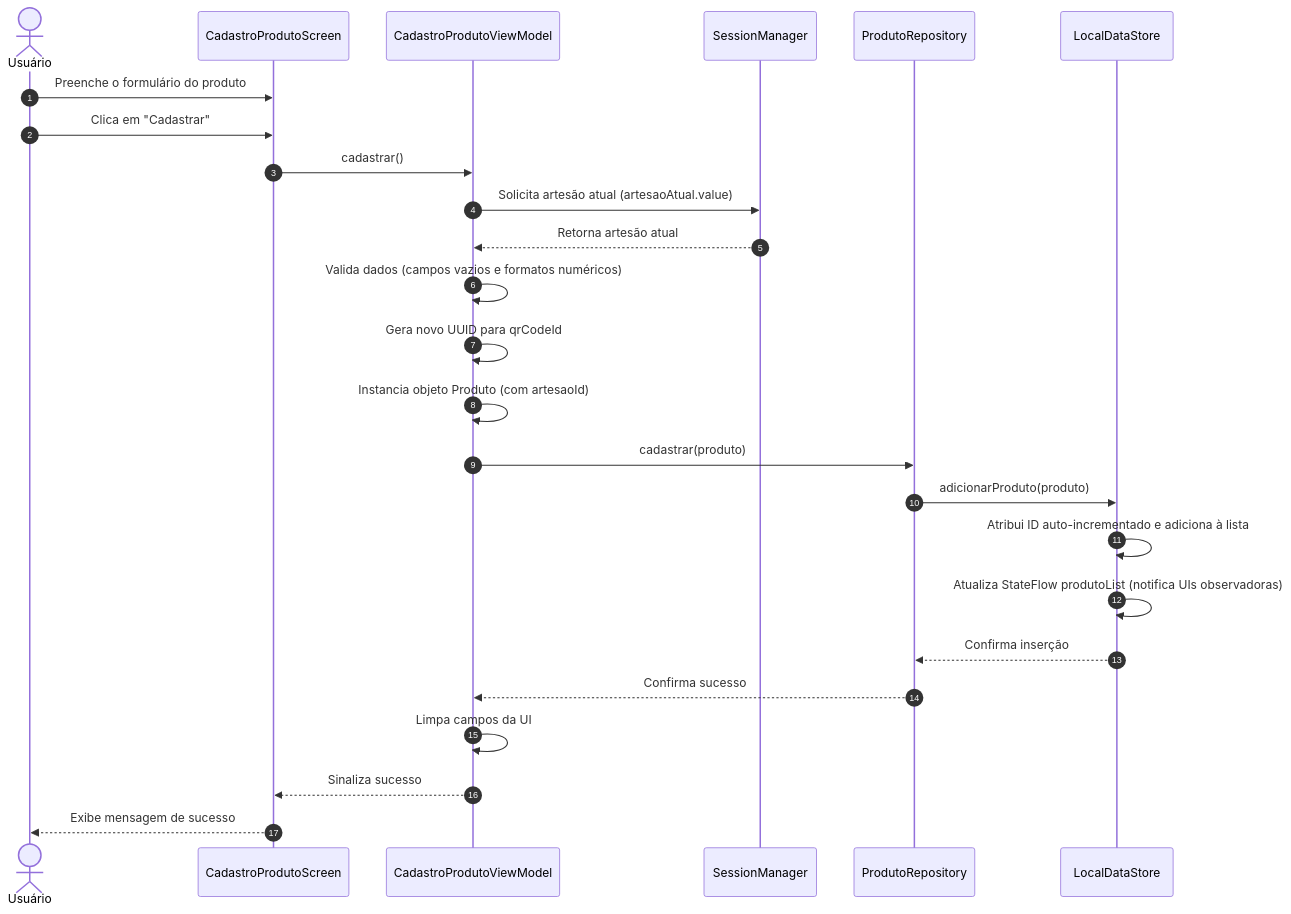
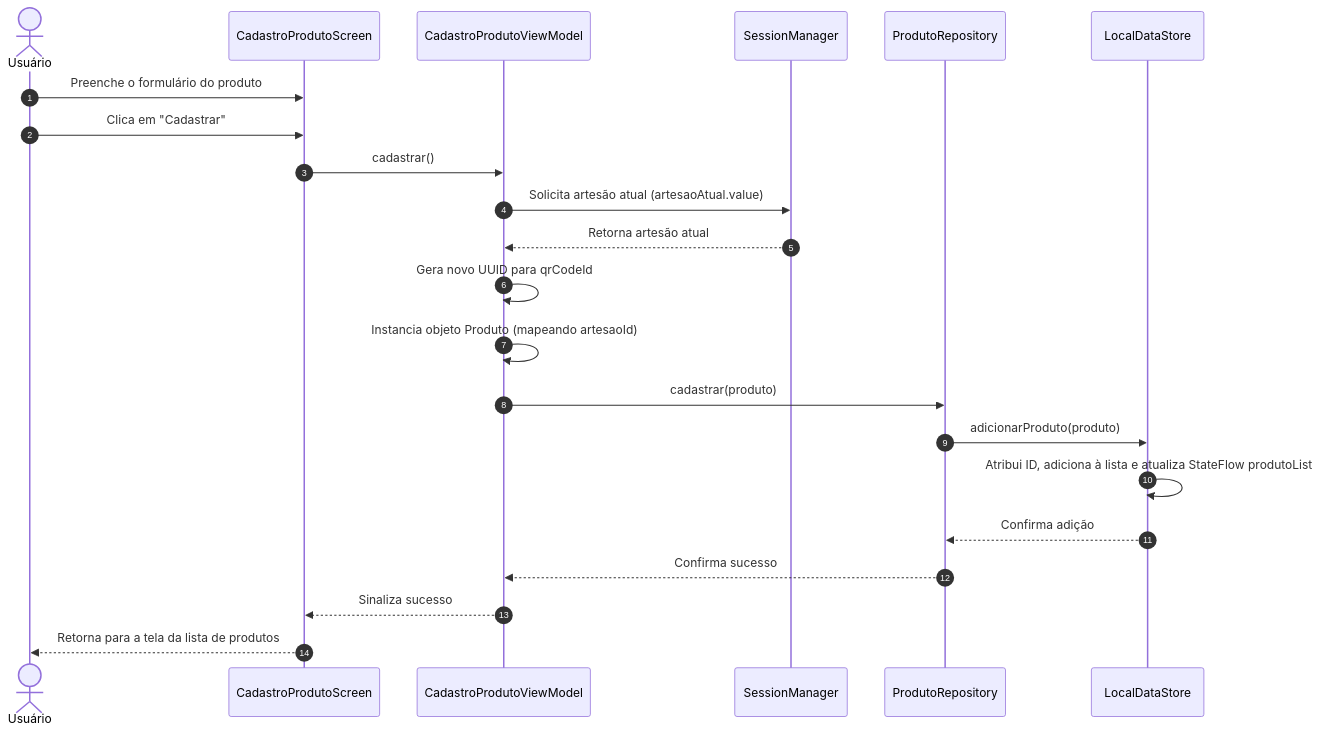
The first of 3 diagrams in docs/mermaid_diagrams.md (Guilherme-xDEV/projeto-pdm-app-artesao), drawn with Mermaid before and after one commit. The commit also changed other lines of this file and 2 other files, not shown here.

Commit message:
docs: mermaid diagrams for current project state

````diff
--- a/docs/mermaid_diagrams.md
+++ b/docs/mermaid_diagrams.md
@@ -1,33 +1,30 @@
 ```mermaid
 sequenceDiagram
     autonumber
     actor User as Usuário
     participant Screen as CadastroProdutoScreen
     participant VM as CadastroProdutoViewModel
     participant Session as SessionManager
     participant Repo as ProdutoRepository
     participant Store as LocalDataStore
 
     User->>Screen: Preenche o formulário do produto
     User->>Screen: Clica em "Cadastrar"
     Screen->>VM: cadastrar()
     
     VM->>Session: Solicita artesão atual (artesaoAtual.value)
     Session-->>VM: Retorna artesão atual
     
-    VM->>VM: Valida dados (campos vazios e formatos numéricos)
     VM->>VM: Gera novo UUID para qrCodeId
-    VM->>VM: Instancia objeto Produto (com artesaoId)
+    VM->>VM: Instancia objeto Produto (mapeando artesaoId)
     
     VM->>Repo: cadastrar(produto)
     Repo->>Store: adicionarProduto(produto)
     
-    Store->>Store: Atribui ID auto-incrementado e adiciona à lista
-    Store->>Store: Atualiza StateFlow produtoList (notifica UIs observadoras)
-    Store-->>Repo: Confirma inserção
+    Store->>Store: Atribui ID, adiciona à lista e atualiza StateFlow produtoList
+    Store-->>Repo: Confirma adição
     Repo-->>VM: Confirma sucesso
     
-    VM->>VM: Limpa campos da UI
     VM-->>Screen: Sinaliza sucesso
-    Screen-->>User: Exibe mensagem de sucesso
+    Screen-->>User: Retorna para a tela da lista de produtos
 ```
````
